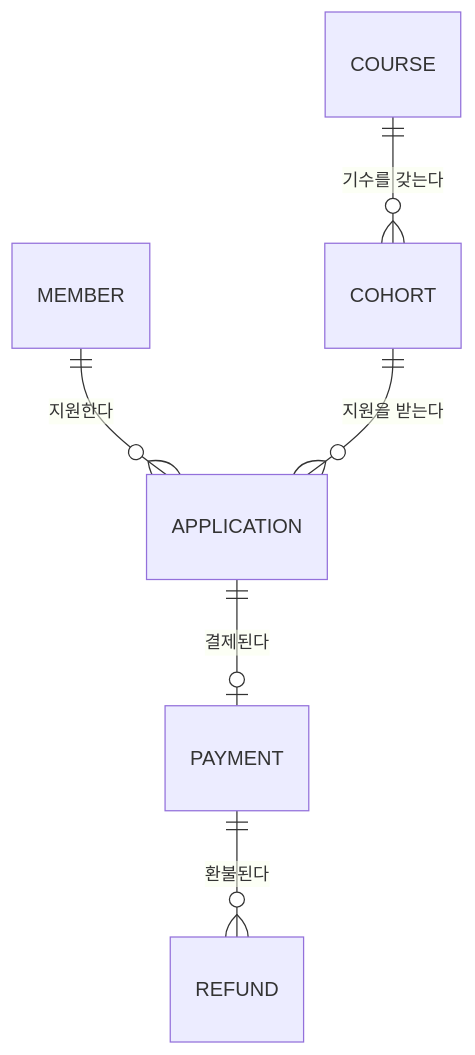
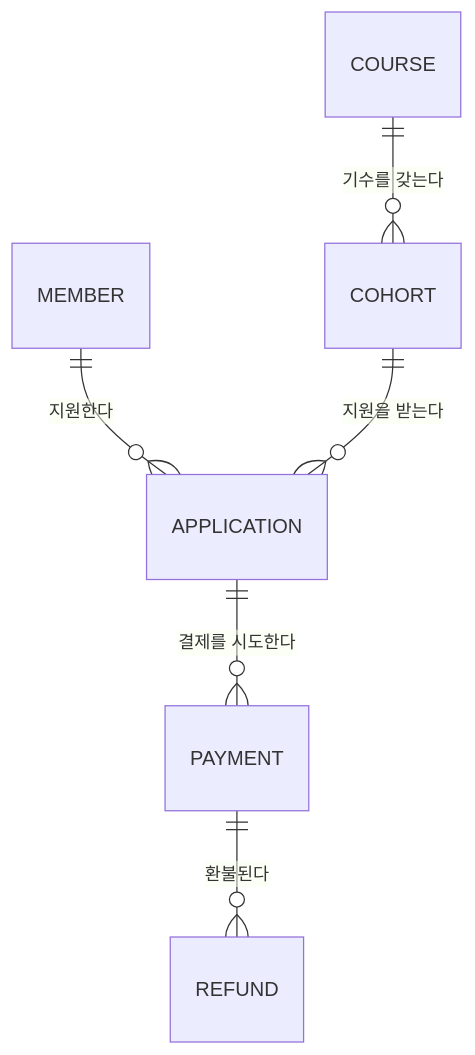
One commit to HkSoon1004/Personal-Project-1 changed the second of 2 diagrams in docs/REQUIREMENTS.md. Above: the diagram before and after it, drawn with Mermaid. The commit also changed other lines of this file and 3 other files, not shown here.

First line of the commit message:
docs: 1차 ERD 확정 및 erd.md 추가

````diff
--- a/docs/REQUIREMENTS.md
+++ b/docs/REQUIREMENTS.md
@@ -244,8 +244,8 @@
 ```mermaid
 erDiagram
     MEMBER ||--o{ APPLICATION : "지원한다"
     COURSE ||--o{ COHORT : "기수를 갖는다"
     COHORT ||--o{ APPLICATION : "지원을 받는다"
-    APPLICATION ||--o| PAYMENT : "결제된다"
+    APPLICATION ||--o{ PAYMENT : "결제를 시도한다"
     PAYMENT ||--o{ REFUND : "환불된다"
 ```
````
